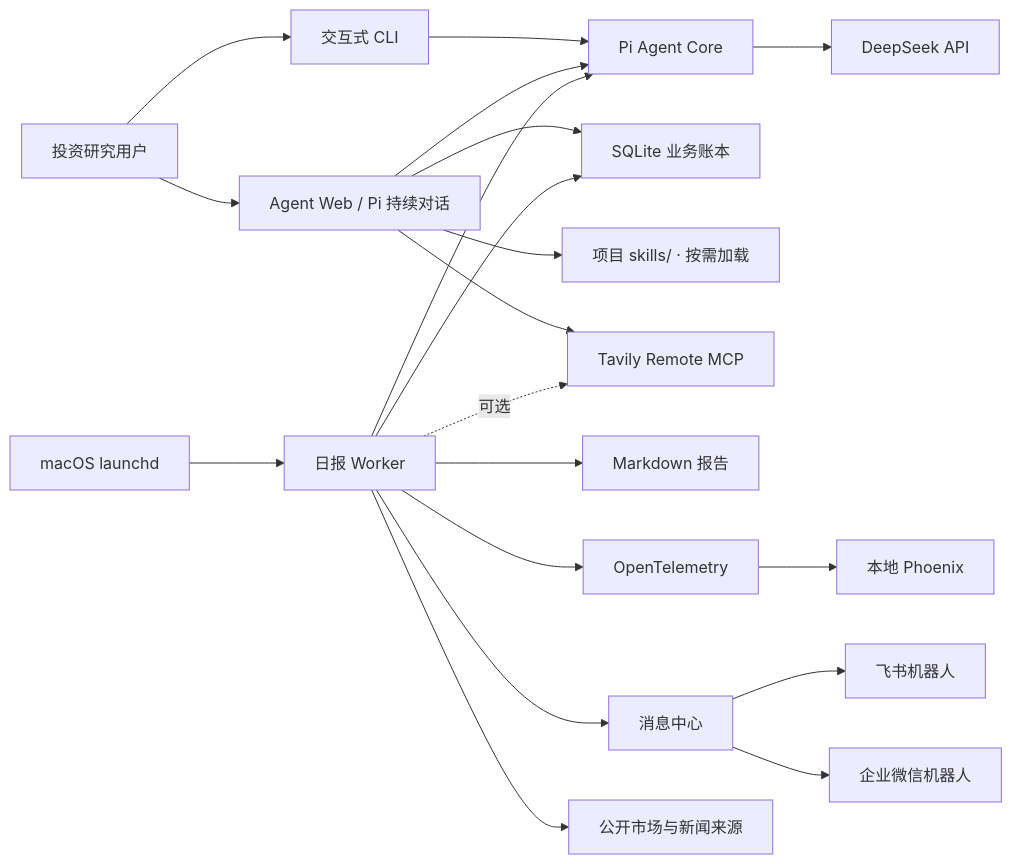
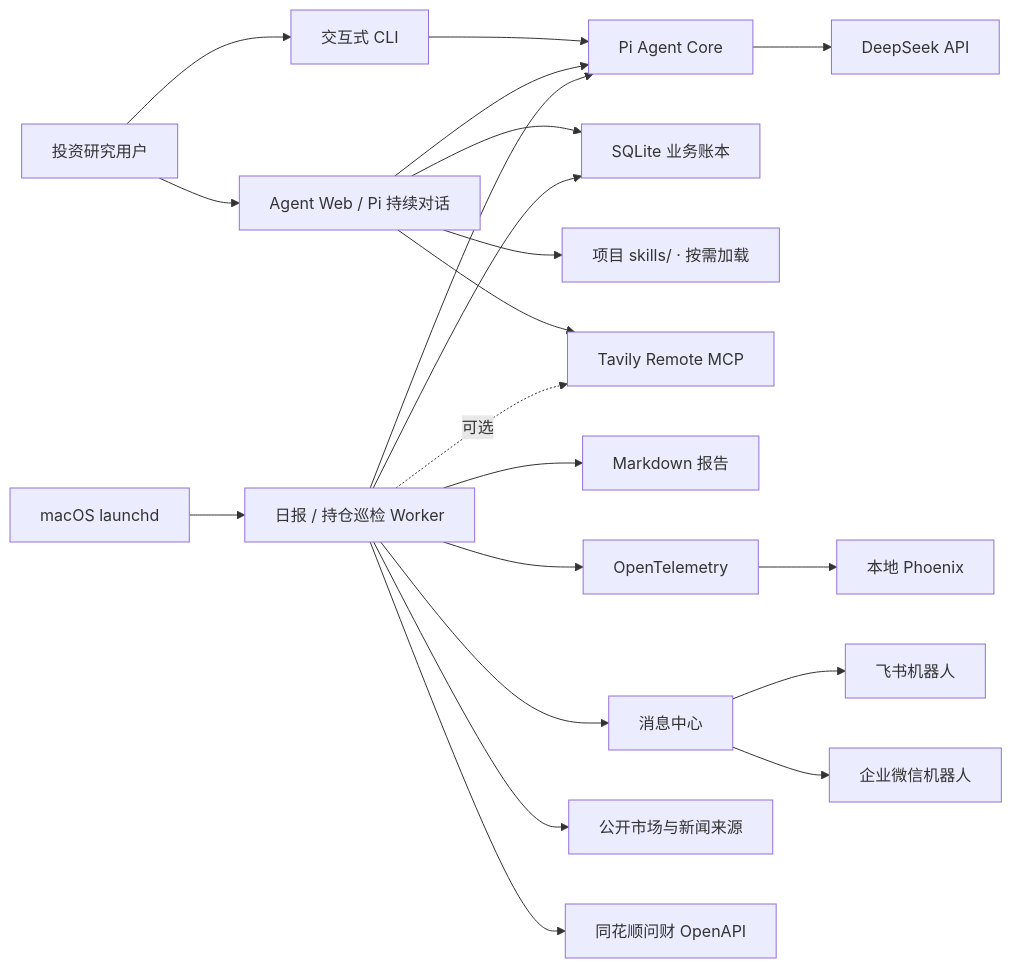
The first of 5 diagrams in docs/ARCHITECTURE.md (fishisnow/livermore), drawn with Mermaid before and after one commit. The commit also changed other lines of this file and 24 other files, not shown here.

````diff
--- a/docs/ARCHITECTURE.md
+++ b/docs/ARCHITECTURE.md
@@ -16,22 +16,23 @@
 ```mermaid
 flowchart LR
     User["投资研究用户"] --> CLI["交互式 CLI"]
     User --> Web["Agent Web / Pi 持续对话"]
-    Launchd["macOS launchd"] --> Worker["日报 Worker"]
+    Launchd["macOS launchd"] --> Worker["日报 / 持仓巡检 Worker"]
     CLI --> Agent["Pi Agent Core"]
     Web --> Agent
     Web --> DB["SQLite 业务账本"]
     Web --> Skills["项目 skills/ · 按需加载"]
     Web --> Tavily
     Worker --> Agent
     Worker --> DB
     Worker --> Reports["Markdown 报告"]
     Worker --> OTel["OpenTelemetry"]
     OTel --> Phoenix["本地 Phoenix"]
     Worker --> Message["消息中心"]
     Message --> Feishu["飞书机器人"]
     Message --> WeCom["企业微信机器人"]
     Agent --> DeepSeek["DeepSeek API"]
     Worker --> Sources["公开市场与新闻来源"]
+    Worker --> Iwencai["同花顺问财 OpenAPI"]
     Worker -. 可选 .-> Tavily["Tavily Remote MCP"]
 ```
````
